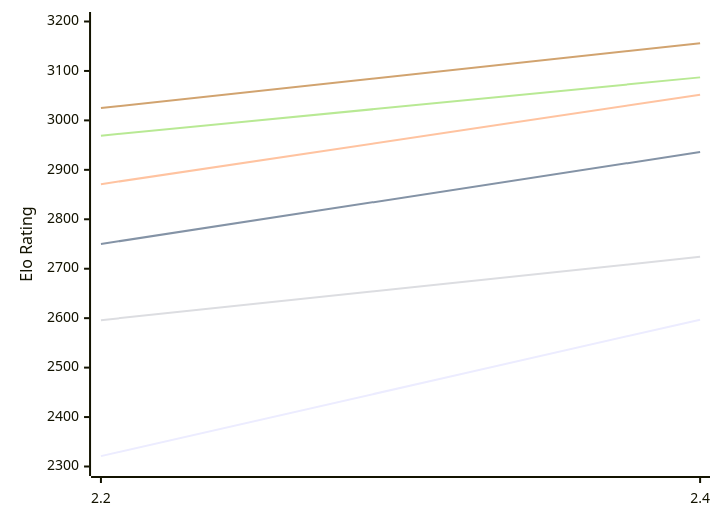
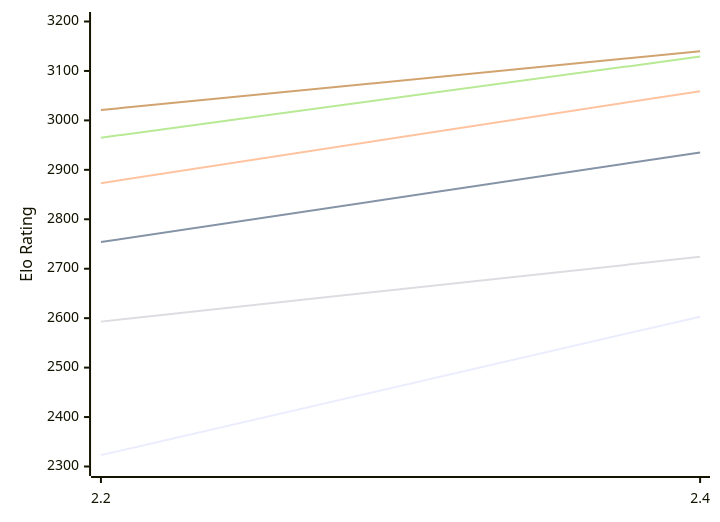
One commit to computer-chess-index/cci changed the first of 2 diagrams in engines/Sloth.md. Above: the diagram before and after it, drawn with Mermaid. The commit also changed other lines of this file, not shown here.

Commit message:
Update CCI Ratings (ELO VLTC) - 2026-10-14

````diff
--- a/engines/Sloth.md
+++ b/engines/Sloth.md
@@ -50,12 +50,12 @@
 ```mermaid
 %%{init: {"theme":"base","themeVariables":{"seriesColors:['#a3a3a3','#222221','#faa371']}}}%%
 xychart-beta
   x-axis ["2.2", "2.4"]
   y-axis "Elo Rating" 2300 --> 3200
-  line "E1: STC (8.0+0.08s)" [2321, 2597]
-  line "E1: LTC (60.0+0.60s)" [2750, 2936]
-  line "E1: VLTC (2m24s+1.12s)" [2871, 3052]
-  line "P1: STC (8.0+0.08s)" [2596, 2724]
-  line "P1: LTC (60.0+0.60s)" [2969, 3087]
-  line "P1: VLTC (2m24s+1.12s)" [3025, 3156]
+  line "E1: STC (8.0+0.08s)" [2323, 2603]
+  line "E1: LTC (60.0+0.60s)" [2754, 2935]
+  line "E1: VLTC (2m24s+1.12s)" [2873, 3059]
+  line "P1: STC (8.0+0.08s)" [2593, 2724]
+  line "P1: LTC (60.0+0.60s)" [2965, 3129]
+  line "P1: VLTC (2m24s+1.12s)" [3021, 3140]
 ```
````
